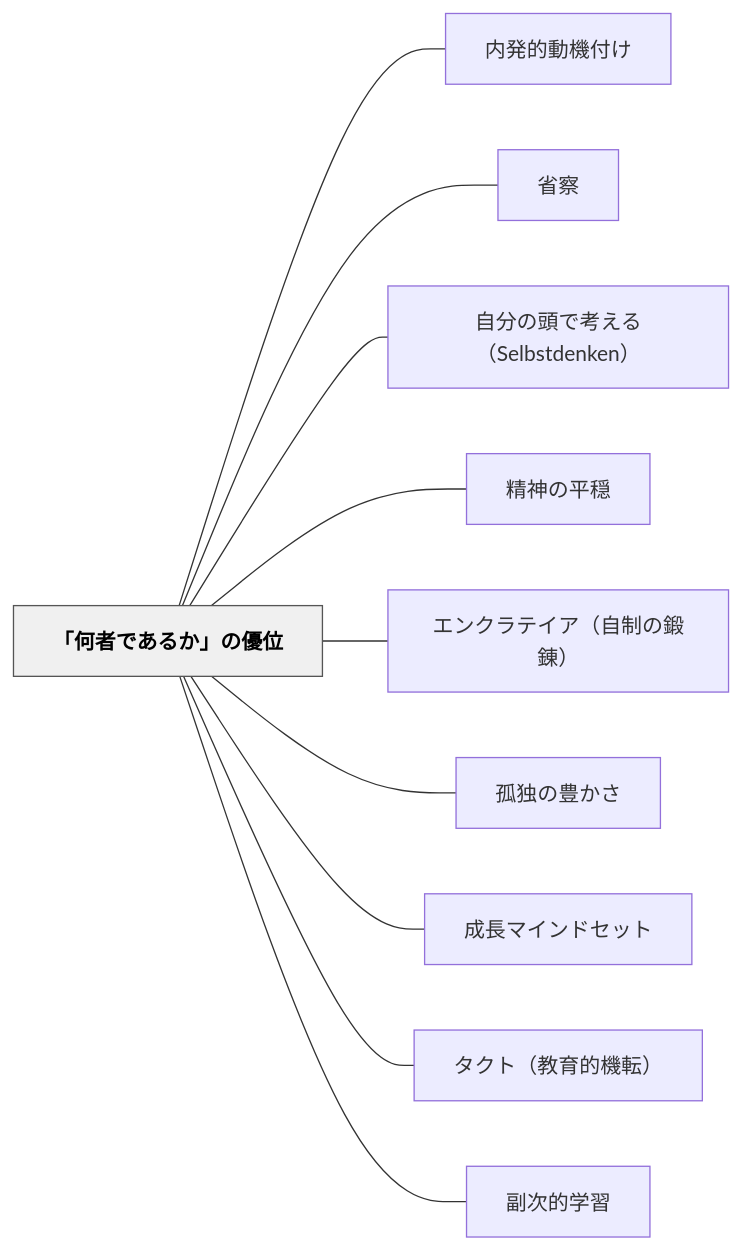
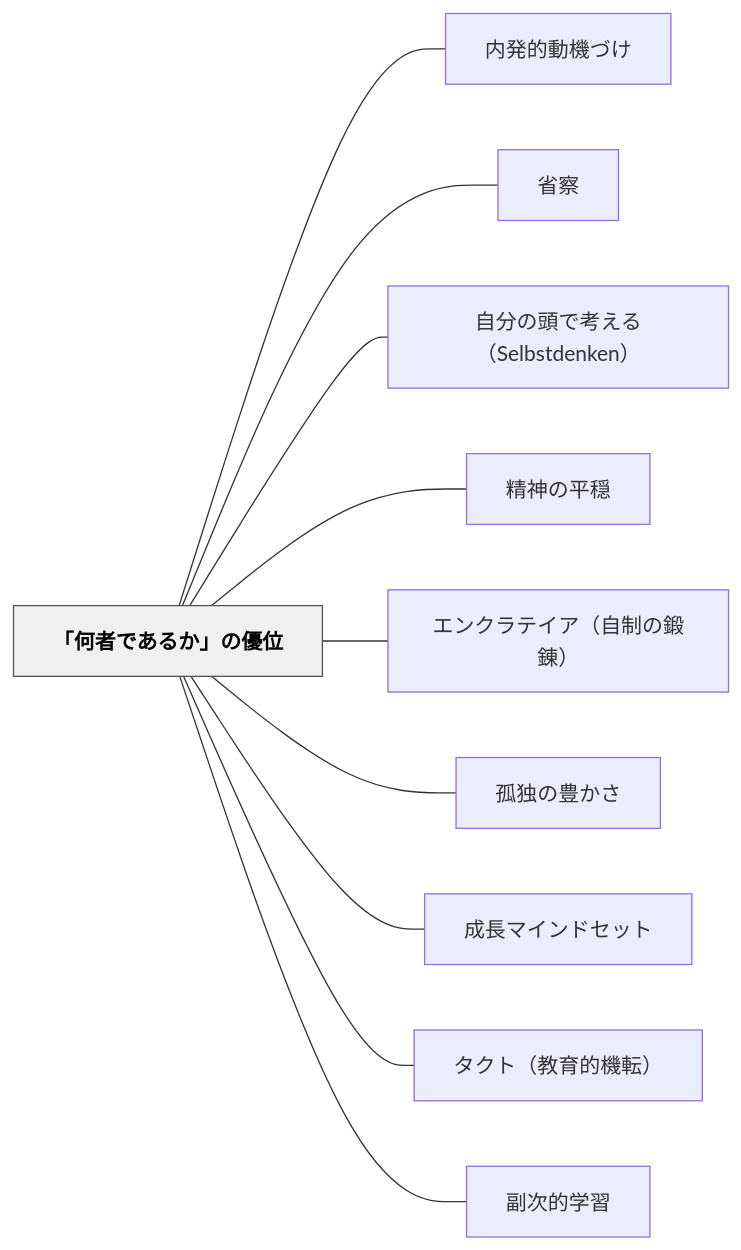
One commit to unknownthings-ed-patterns/unknownthings-ed-patterns changed the diagram in content/パタン/「何者であるか」の優位.md. Above: the diagram before and after it, drawn with Mermaid. The commit also changed other lines of this file and 234 other files, not shown here.

````diff
--- a/content/パタン/「何者であるか」の優位.md
+++ b/content/パタン/「何者であるか」の優位.md
@@ -132,26 +132,26 @@
 ```mermaid
 flowchart LR
     ne3808ce4bd95e88085e381a7e38182e3828be3818be3808de381aee584aae4bd8d["「何者であるか」の優位"]
-    ne58685e799bae79a84e58b95e6a99fe4bb98e38191["内発的動機付け"]
+    ne58685e799bae79a84e58b95e6a99fe381a5e38191["内発的動機づけ"]
     ne79c81e5af9f["省察"]
     ne887aae58886e381aee9a0ade381a7e88083e38188e3828befbc8853656c62737464656e6b656eefbc89["自分の頭で考える（Selbstdenken）"]
     ne7b2bee7a59ee381aee5b9b3e7a98f["精神の平穏"]
     ne382a8e383b3e382afe383a9e38386e382a4e382a2efbc88e887aae588b6e381aee98d9be98cacefbc89["エンクラテイア（自制の鍛錬）"]
     ne5ada4e78bace381aee8b18ae3818be38195["孤独の豊かさ"]
     ne68890e995b7e3839ee382a4e383b3e38389e382bbe38383e38388["成長マインドセット"]
     ne382bfe382afe38388efbc88e69599e882b2e79a84e6a99fe8bba2efbc89["タクト（教育的機転）"]
     ne589afe6aca1e79a84e5ada6e7bf92["副次的学習"]
 
-    ne3808ce4bd95e88085e381a7e38182e3828be3818be3808de381aee584aae4bd8d --- ne58685e799bae79a84e58b95e6a99fe4bb98e38191
+    ne3808ce4bd95e88085e381a7e38182e3828be3818be3808de381aee584aae4bd8d --- ne58685e799bae79a84e58b95e6a99fe381a5e38191
     ne3808ce4bd95e88085e381a7e38182e3828be3818be3808de381aee584aae4bd8d --- ne79c81e5af9f
     ne3808ce4bd95e88085e381a7e38182e3828be3818be3808de381aee584aae4bd8d --- ne887aae58886e381aee9a0ade381a7e88083e38188e3828befbc8853656c62737464656e6b656eefbc89
     ne3808ce4bd95e88085e381a7e38182e3828be3818be3808de381aee584aae4bd8d --- ne7b2bee7a59ee381aee5b9b3e7a98f
     ne3808ce4bd95e88085e381a7e38182e3828be3818be3808de381aee584aae4bd8d --- ne382a8e383b3e382afe383a9e38386e382a4e382a2efbc88e887aae588b6e381aee98d9be98cacefbc89
     ne3808ce4bd95e88085e381a7e38182e3828be3818be3808de381aee584aae4bd8d --- ne5ada4e78bace381aee8b18ae3818be38195
     ne3808ce4bd95e88085e381a7e38182e3828be3818be3808de381aee584aae4bd8d --- ne68890e995b7e3839ee382a4e383b3e38389e382bbe38383e38388
     ne3808ce4bd95e88085e381a7e38182e3828be3818be3808de381aee584aae4bd8d --- ne382bfe382afe38388efbc88e69599e882b2e79a84e6a99fe8bba2efbc89
     ne3808ce4bd95e88085e381a7e38182e3828be3818be3808de381aee584aae4bd8d --- ne589afe6aca1e79a84e5ada6e7bf92
 
     classDef hub fill:#f0f0f0,stroke:#555,color:#000,font-weight:bold
     class ne3808ce4bd95e88085e381a7e38182e3828be3818be3808de381aee584aae4bd8d hub
 ```
````
